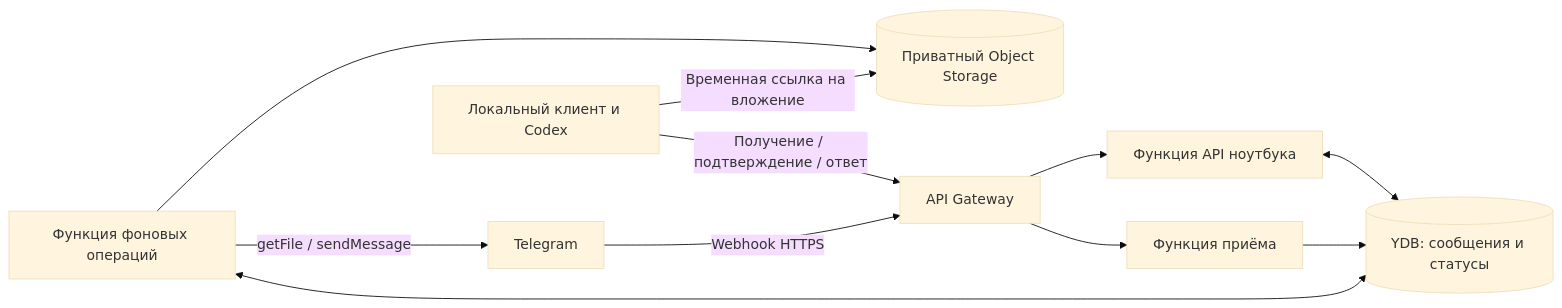
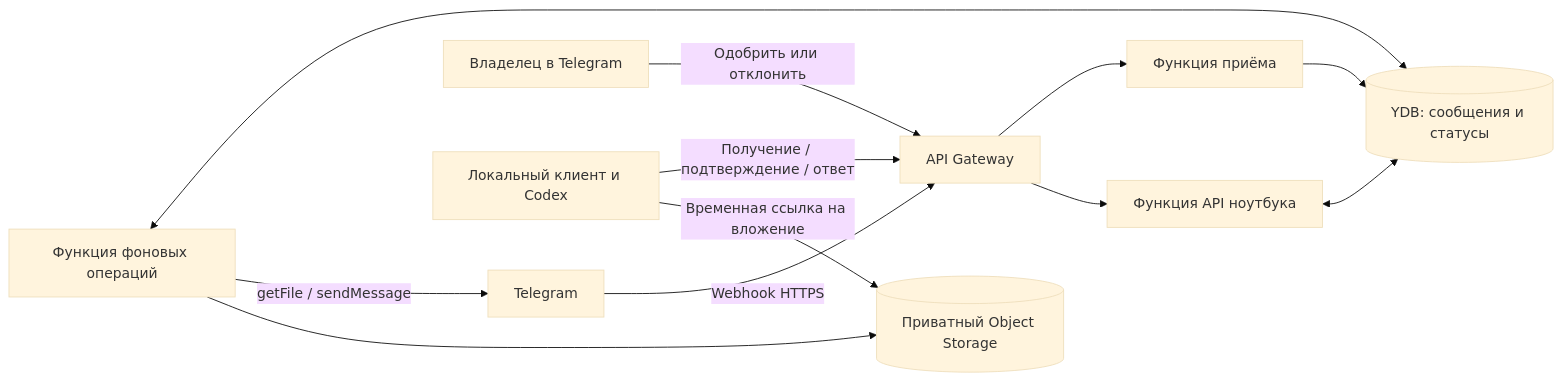
Before and after one commit to astgln/codex-workspace: the diagram in docs/yandex-cloud-design.md, drawn with Mermaid (base theme). The commit also changed other lines of this file and 1 other file, not shown here.

````diff
--- a/docs/yandex-cloud-design.md
+++ b/docs/yandex-cloud-design.md
@@ -19,13 +19,14 @@
 ```mermaid
 flowchart LR
     T[Telegram] -->|Webhook HTTPS| G[API Gateway]
     G --> I[Функция приёма]
     I --> D[(YDB: сообщения и статусы)]
+    O[Владелец в Telegram] -->|Одобрить или отклонить| G
     W[Функция фоновых операций] <--> D
     W -->|getFile / sendMessage| T
     W --> S[(Приватный Object Storage)]
     L[Локальный клиент и Codex] -->|Получение / подтверждение / ответ| G
     G --> A[Функция API ноутбука]
     A <--> D
     L -->|Временная ссылка на вложение| S
 ```
````
